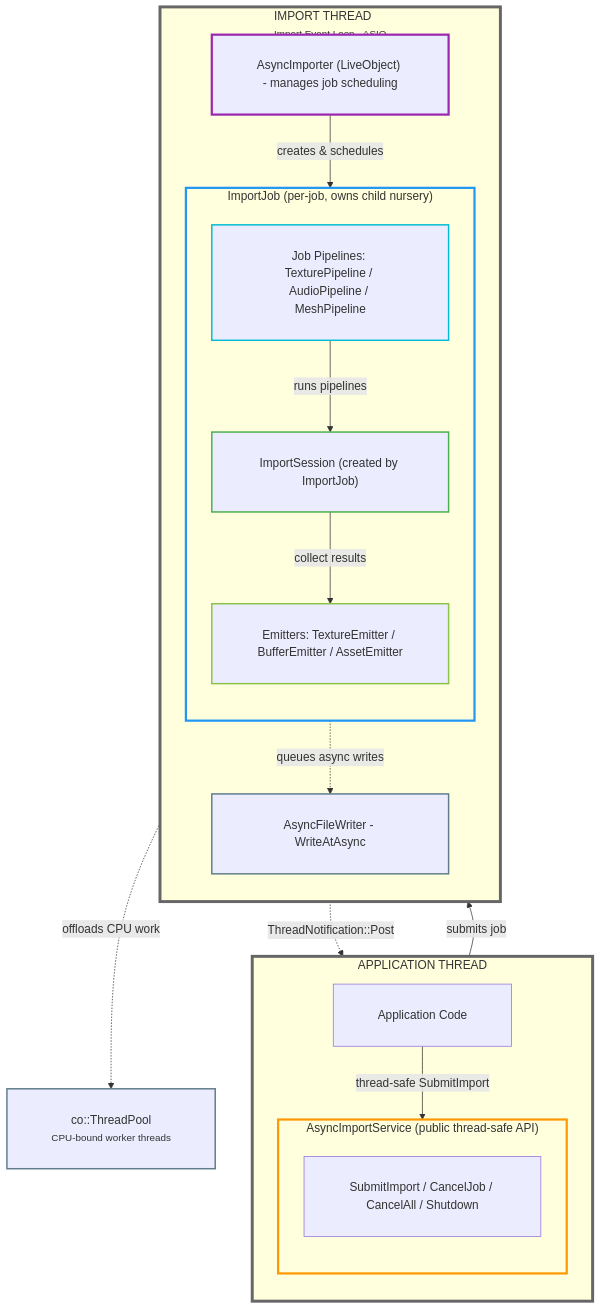
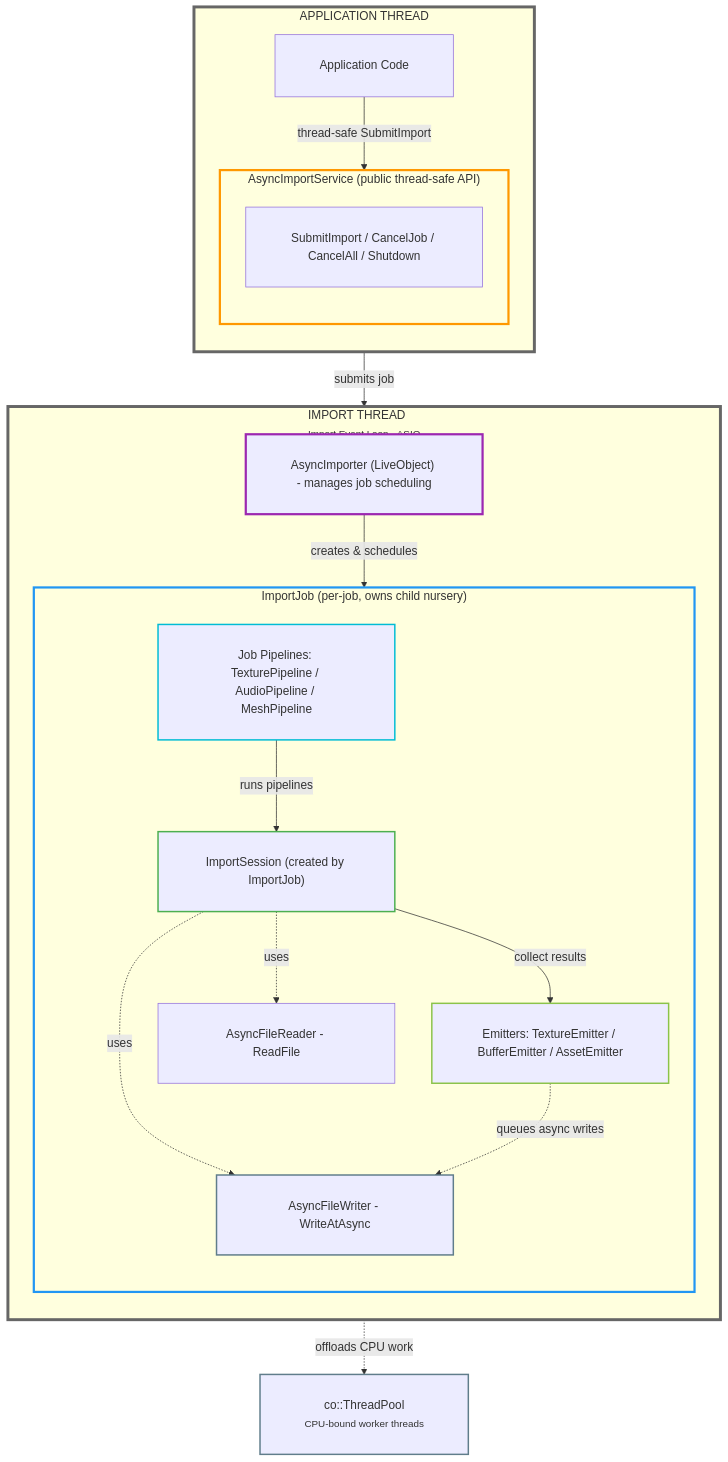
Before and after one commit to abdes/DroidNet: the first of 2 diagrams in projects/Oxygen.Engine/design/async_import_pipeline_v2.md, drawn with Mermaid. The commit also changed other lines of this file and 13 other files, not shown here.

````diff
--- a/projects/Oxygen.Engine/design/async_import_pipeline_v2.md
+++ b/projects/Oxygen.Engine/design/async_import_pipeline_v2.md
@@ -167,56 +167,59 @@
 ```mermaid
 %%{init: {'flowchart': {'wrap': false, 'padding': 30}}}%%
 graph TB
     subgraph AppThread["APPLICATION THREAD"]
         direction TB
         AppCode["Application Code"]
 
         subgraph AsyncService["AsyncImportService (public thread-safe API)"]
             direction TB
             API["SubmitImport / CancelJob / CancelAll / Shutdown"]
         end
 
         AppCode -->|"thread-safe SubmitImport"| AsyncService
     end
 
     subgraph ImportThread["IMPORT THREAD<br/><small>Import Event Loop - ASIO</small>"]
         direction TB
 
         AsyncImporter["AsyncImporter (LiveObject) - manages job scheduling"]
 
         subgraph JobScope["ImportJob (per-job, owns child nursery)"]
             direction TB
 
             ImportSession["ImportSession (created by ImportJob)"]
 
             JobPipelines["Job Pipelines: TexturePipeline / AudioPipeline / MeshPipeline"]
 
             Emitters["Emitters: TextureEmitter / BufferEmitter / AssetEmitter"]
 
             JobPipelines -->|"runs pipelines"| ImportSession
             ImportSession -->|"collect results"| Emitters
+            ImportSession -.->|"uses"| AsyncFileReader
+            ImportSession -.->|"uses"| AsyncFileWriter
         end
 
         AsyncFileWriter["AsyncFileWriter - WriteAtAsync"]
+        AsyncFileReader["AsyncFileReader - ReadFile"]
 
         AsyncImporter -->|"creates & schedules"| JobScope
         Emitters -.->|"queues async writes"| AsyncFileWriter
     end
 
     ThreadPool["co::ThreadPool<br/><small>CPU-bound worker threads</small>"]
 
     AsyncService -->|"submits job"| AsyncImporter
-    ImportThread -.->|"ThreadNotification::Post"| AppCode
+    %% Callbacks are invoked on the import thread; UI marshalling is optional.
     JobPipelines -.->|"offloads CPU work"| ThreadPool
 
     style AppThread stroke:#666,stroke-width:4px
     style ImportThread stroke:#666,stroke-width:4px
     style AsyncService stroke:#ff9800,stroke-width:3px
     style AsyncImporter stroke:#9c27b0,stroke-width:3px
     style JobScope stroke:#2196f3,stroke-width:3px
     style ImportSession stroke:#4caf50,stroke-width:2px
     style JobPipelines stroke:#00bcd4,stroke-width:2px
     style Emitters stroke:#8bc34a,stroke-width:2px
     style ThreadPool stroke:#607d8b,stroke-width:2px
     style AsyncFileWriter stroke:#607d8b,stroke-width:2px
 ```
````
